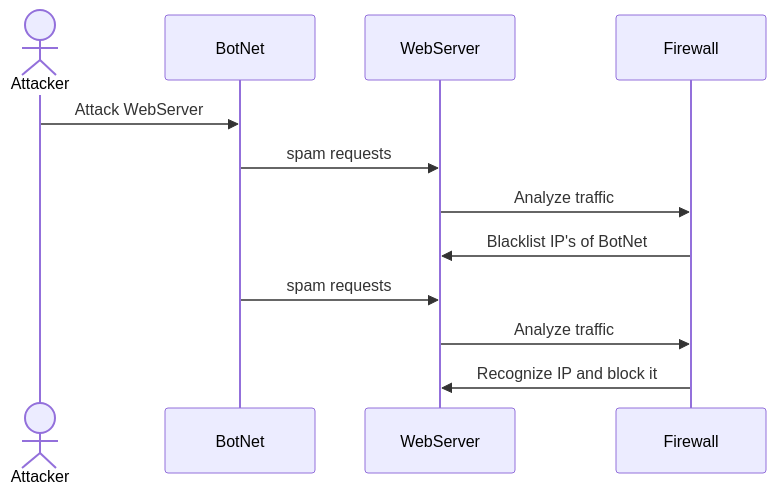
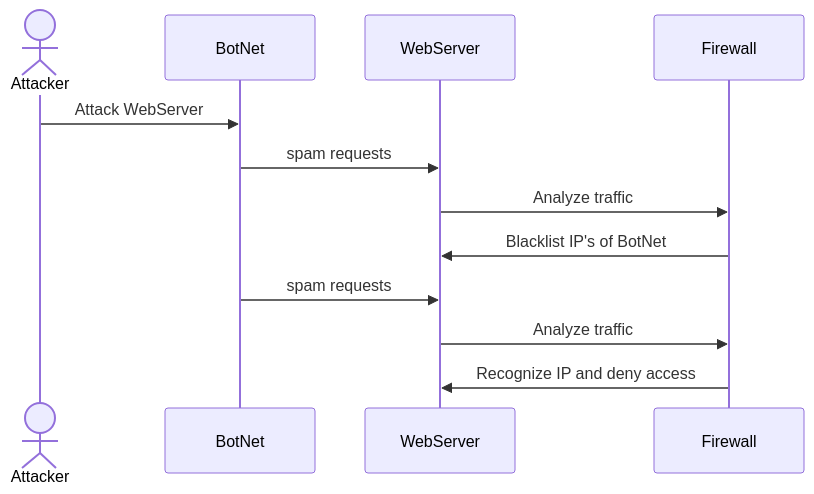
Before and after one commit to JulianFlicker11/JulianFlicker11.github.io: the diagram in DDoS_Attack_Sequence.md, drawn with Mermaid. The commit also changed other lines of this file, not shown here.

````diff
--- a/DDoS_Attack_Sequence.md
+++ b/DDoS_Attack_Sequence.md
@@ -1,14 +1,14 @@
 ```mermaid
 sequenceDiagram
 actor Attacker
 participant BotNet
 participant WebServer
 participant Firewall
 Attacker->>BotNet: Attack WebServer
 BotNet->>WebServer: spam requests
 WebServer->>Firewall: Analyze traffic
 Firewall->>WebServer: Blacklist IP's of BotNet
 BotNet->>WebServer: spam requests
 WebServer->>Firewall: Analyze traffic
-Firewall->>WebServer: Recognize IP and block it
+Firewall->>WebServer: Recognize IP and deny access 
 ```
````
